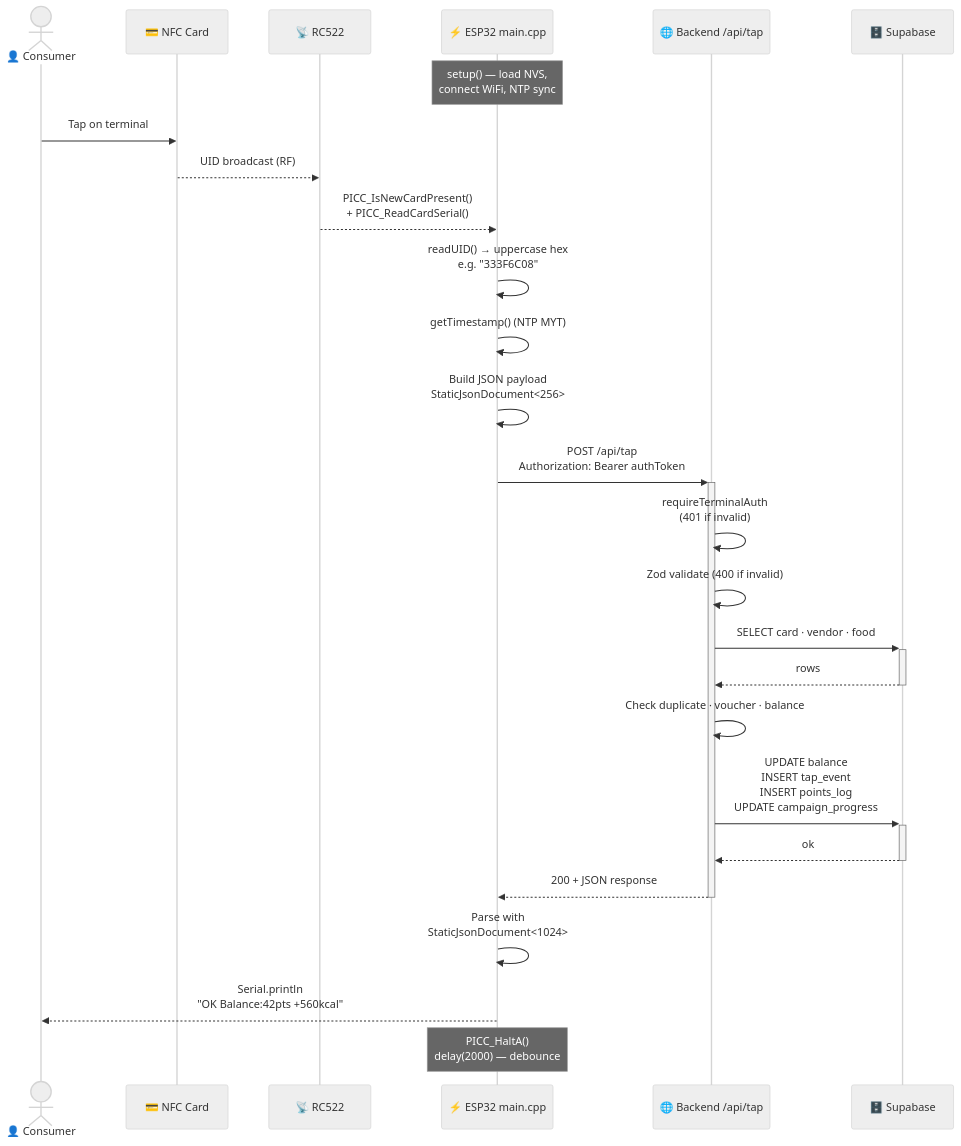
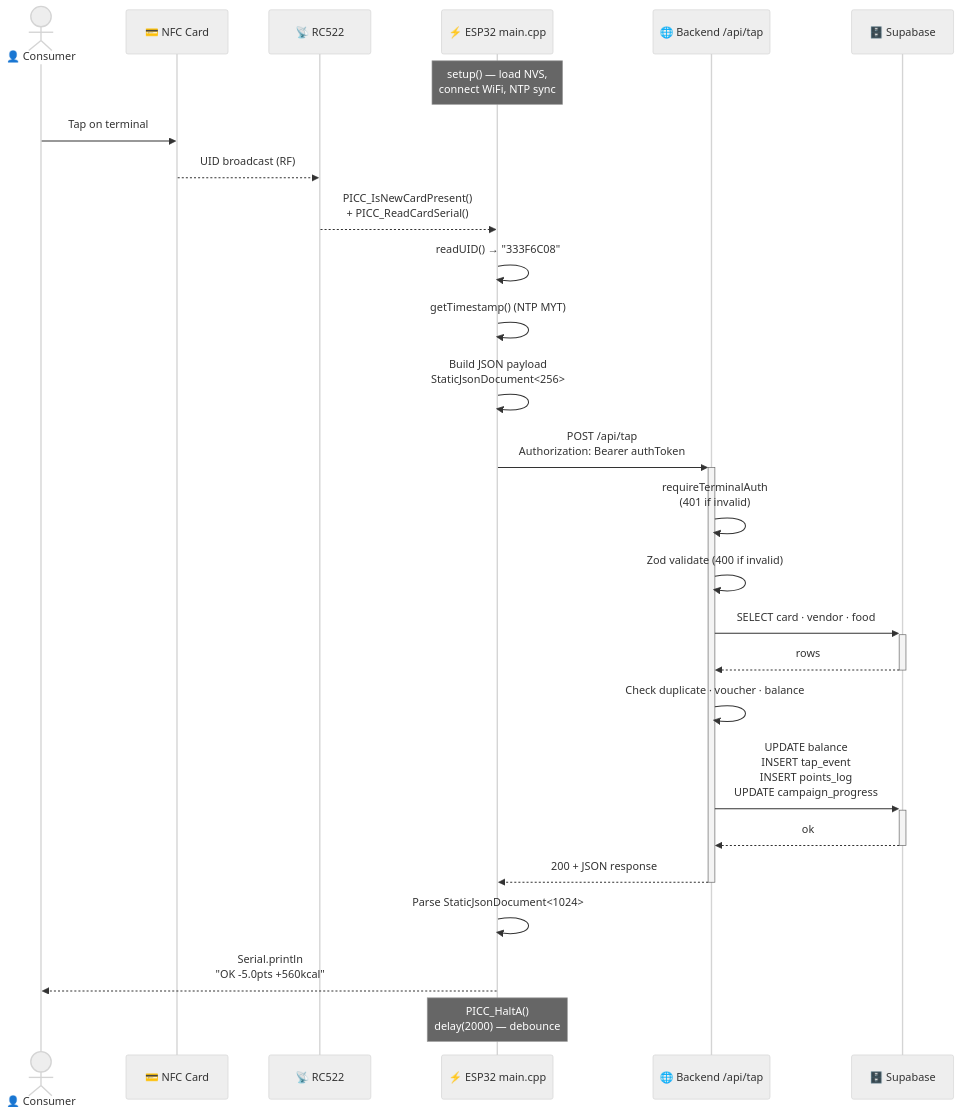
One commit to GILZ3103/claude_project changed the seventh of 12 diagrams in MASTER_v2_refined.md. Above: the diagram before and after it, drawn with Mermaid (neutral theme). The commit also changed other lines of this file and 2 other files, not shown here.

Commit message:
Add TECHNICAL.md for detailed system specifications, add more diagrams to Master.md and update README.md for file descriptions

````diff
--- a/MASTER_v2_refined.md
+++ b/MASTER_v2_refined.md
@@ -1383,32 +250,32 @@
 ```mermaid
 sequenceDiagram
     actor User as 👤 Consumer
     participant Card as 💳 NFC Card
     participant RC522 as 📡 RC522
     participant ESP32 as ⚡ ESP32 main.cpp
     participant API as 🌐 Backend /api/tap
     participant DB as 🗄️ Supabase
 
     Note over ESP32: setup() — load NVS,<br/>connect WiFi, NTP sync
     User->>Card: Tap on terminal
     Card-->>RC522: UID broadcast (RF)
     RC522-->>ESP32: PICC_IsNewCardPresent()<br/>+ PICC_ReadCardSerial()
-    ESP32->>ESP32: readUID() → uppercase hex<br/>e.g. "333F6C08"
+    ESP32->>ESP32: readUID() → "333F6C08"
     ESP32->>ESP32: getTimestamp() (NTP MYT)
     ESP32->>ESP32: Build JSON payload<br/>StaticJsonDocument<256>
 
     ESP32->>+API: POST /api/tap<br/>Authorization: Bearer authToken
     API->>API: requireTerminalAuth<br/>(401 if invalid)
     API->>API: Zod validate (400 if invalid)
     API->>+DB: SELECT card · vendor · food
     DB-->>-API: rows
     API->>API: Check duplicate · voucher · balance
     API->>+DB: UPDATE balance<br/>INSERT tap_event<br/>INSERT points_log<br/>UPDATE campaign_progress
     DB-->>-API: ok
     API-->>-ESP32: 200 + JSON response
 
-    ESP32->>ESP32: Parse with<br/>StaticJsonDocument<1024>
-    ESP32-->>User: Serial.println<br/>"OK Balance:42pts +560kcal"
+    ESP32->>ESP32: Parse StaticJsonDocument<1024>
+    ESP32-->>User: Serial.println<br/>"OK  -5.0pts  +560kcal"
 
     Note over ESP32: PICC_HaltA()<br/>delay(2000) — debounce
 ```
````
